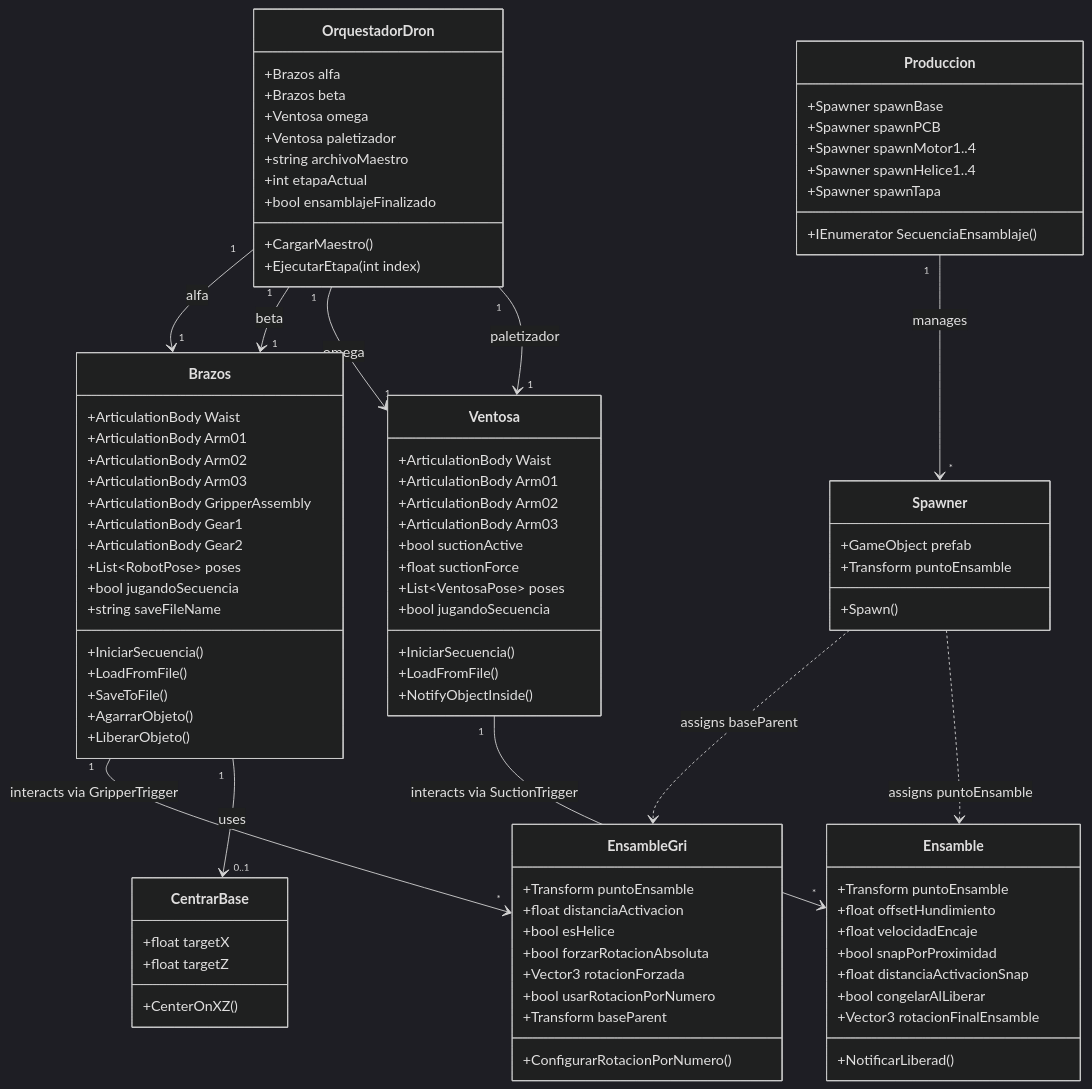
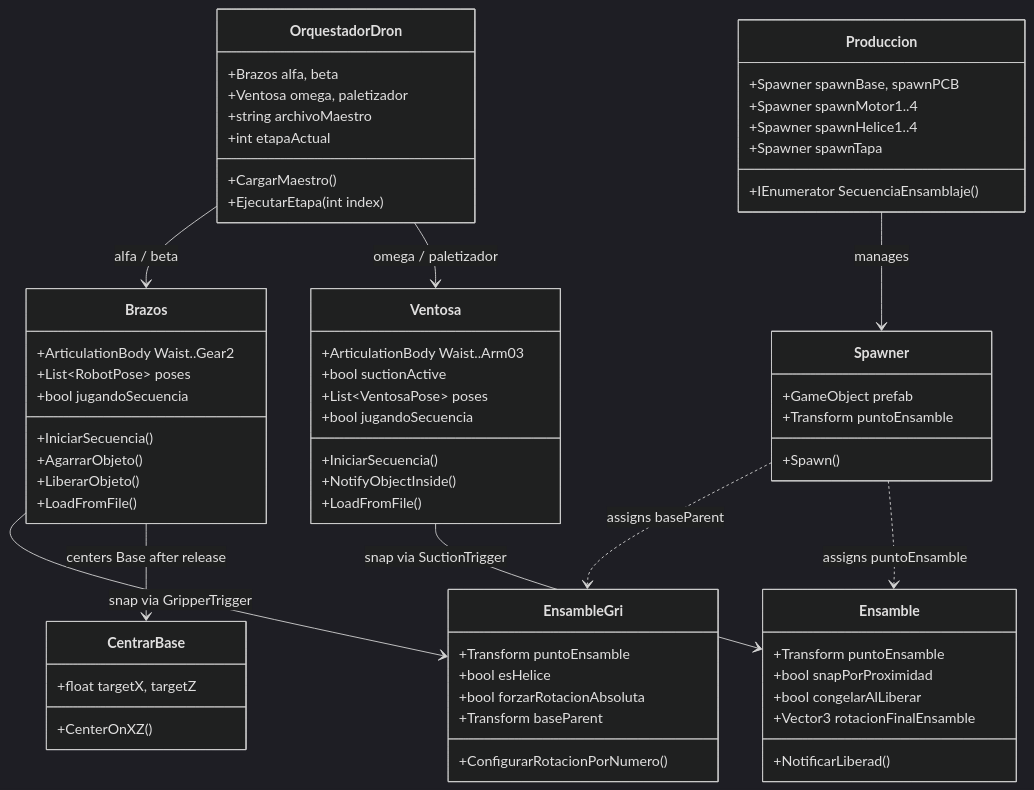
The third of 6 diagrams in README.md (jorgefajardom-coder/drone-packaging-simulation-unity), drawn with Mermaid (dark theme) before and after one commit. The commit also changed other lines of this file, not shown here.

````diff
--- a/README.md
+++ b/README.md
@@ -273,100 +218,77 @@
 ```mermaid
 classDiagram
+    direction TB
+
     class OrquestadorDron {
-        +Brazos alfa
-        +Brazos beta
-        +Ventosa omega
-        +Ventosa paletizador
+        +Brazos alfa, beta
+        +Ventosa omega, paletizador
         +string archivoMaestro
         +int etapaActual
-        +bool ensamblajeFinalizado
         +CargarMaestro()
         +EjecutarEtapa(int index)
     }
-    
+
     class Brazos {
-        +ArticulationBody Waist
-        +ArticulationBody Arm01
-        +ArticulationBody Arm02
-        +ArticulationBody Arm03
-        +ArticulationBody GripperAssembly
-        +ArticulationBody Gear1
-        +ArticulationBody Gear2
+        +ArticulationBody Waist..Gear2
         +List~RobotPose~ poses
         +bool jugandoSecuencia
-        +string saveFileName
         +IniciarSecuencia()
-        +LoadFromFile()
-        +SaveToFile()
         +AgarrarObjeto()
         +LiberarObjeto()
+        +LoadFromFile()
     }
-    
+
     class Ventosa {
-        +ArticulationBody Waist
-        +ArticulationBody Arm01
-        +ArticulationBody Arm02
-        +ArticulationBody Arm03
+        +ArticulationBody Waist..Arm03
         +bool suctionActive
-        +float suctionForce
         +List~VentosaPose~ poses
         +bool jugandoSecuencia
         +IniciarSecuencia()
+        +NotifyObjectInside()
         +LoadFromFile()
-        +NotifyObjectInside()
     }
-    
+
+    class EnsambleGri {
+        +Transform puntoEnsamble
+        +bool esHelice
+        +bool forzarRotacionAbsoluta
+        +Transform baseParent
+        +ConfigurarRotacionPorNumero()
+    }
+
     class Ensamble {
         +Transform puntoEnsamble
-        +float offsetHundimiento
-        +float velocidadEncaje
         +bool snapPorProximidad
-        +float distanciaActivacionSnap
         +bool congelarAlLiberar
         +Vector3 rotacionFinalEnsamble
         +NotificarLiberad()
     }
-    
-    class EnsambleGri {
-        +Transform puntoEnsamble
-        +float distanciaActivacion
-        +bool esHelice
-        +bool forzarRotacionAbsoluta
-        +Vector3 rotacionForzada
-        +bool usarRotacionPorNumero
-        +Transform baseParent
-        +ConfigurarRotacionPorNumero()
+
+    class Produccion {
+        +Spawner spawnBase, spawnPCB
+        +Spawner spawnMotor1..4
+        +Spawner spawnHelice1..4
+        +Spawner spawnTapa
+        +IEnumerator SecuenciaEnsamblaje()
     }
-    
+
     class Spawner {
         +GameObject prefab
         +Transform puntoEnsamble
         +Spawn()
     }
-    
-    class Produccion {
-        +Spawner spawnBase
-        +Spawner spawnPCB
-        +Spawner spawnMotor1..4
-        +Spawner spawnHelice1..4
-        +Spawner spawnTapa
-        +IEnumerator SecuenciaEnsamblaje()
-    }
-    
+
     class CentrarBase {
-        +float targetX
-        +float targetZ
+        +float targetX, targetZ
         +CenterOnXZ()
     }
-    
-    OrquestadorDron "1" --> "1" Brazos : alfa
-    OrquestadorDron "1" --> "1" Brazos : beta
-    OrquestadorDron "1" --> "1" Ventosa : omega
-    OrquestadorDron "1" --> "1" Ventosa : paletizador
-    Brazos "1" --> "*" EnsambleGri : interacts via GripperTrigger
-    Ventosa "1" --> "*" Ensamble : interacts via SuctionTrigger
-    Brazos "1" --> "0..1" CentrarBase : uses
-    Produccion "1" --> "*" Spawner : manages
+
+    OrquestadorDron --> Brazos : alfa / beta
+    OrquestadorDron --> Ventosa : omega / paletizador
+    Brazos --> EnsambleGri : snap via GripperTrigger
+    Ventosa --> Ensamble : snap via SuctionTrigger
+    Brazos --> CentrarBase : centers Base after release
+    Produccion --> Spawner : manages
     Spawner ..> EnsambleGri : assigns baseParent
     Spawner ..> Ensamble : assigns puntoEnsamble
 ```
````
